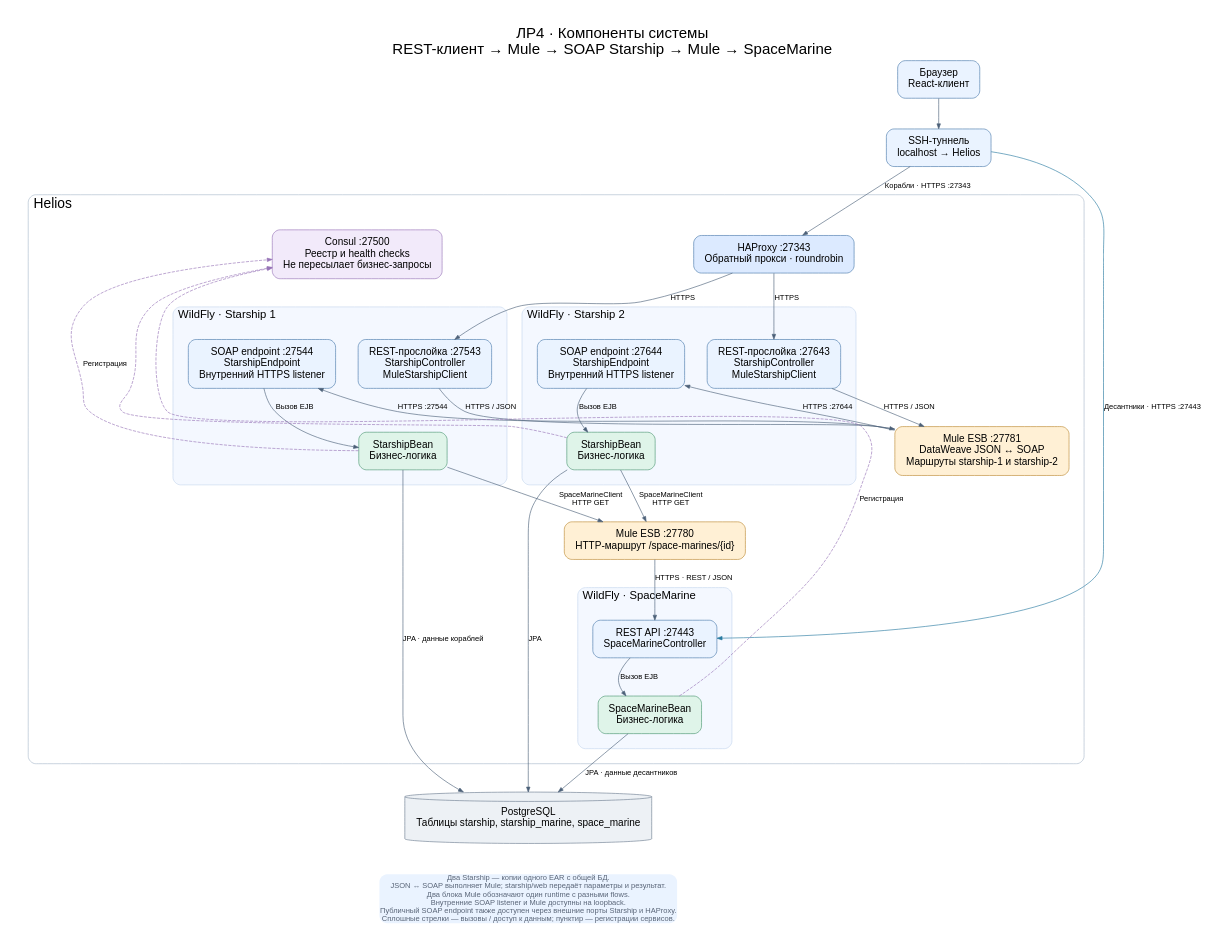
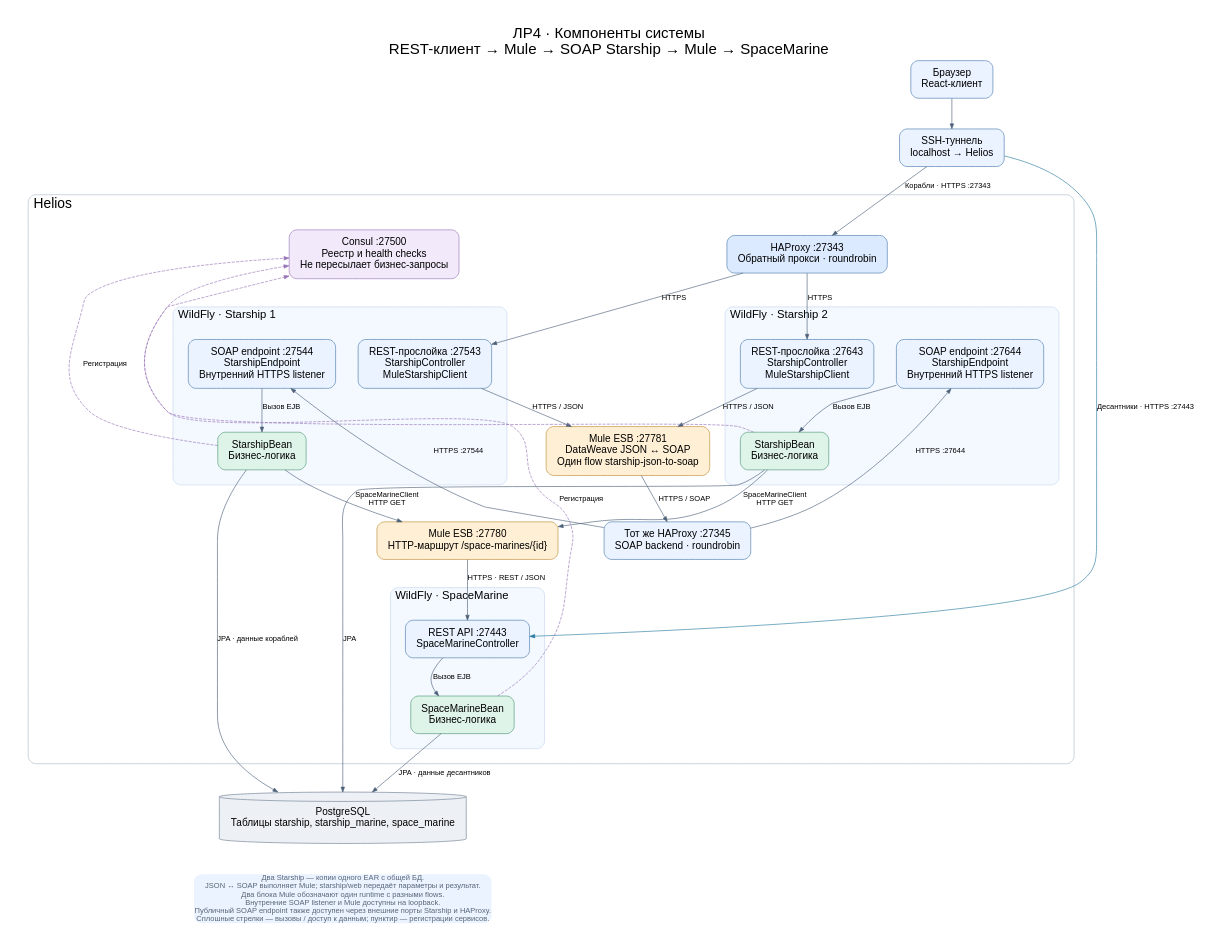
One commit to arekalov/soa-labs changed the diagram in docs/diagrams/lab4-components.dot. Above: the diagram before and after it, drawn with Graphviz. The commit also changed 11 other files, not shown here.

Commit message:
Use one Mule Starship flow with HAProxy SOAP balancing

```diff
--- a/docs/diagrams/lab4-components.dot
+++ b/docs/diagrams/lab4-components.dot
@@ -1,57 +1,59 @@
 digraph Components {
   graph [rankdir=TB, bgcolor="#ffffff", pad=0.4, nodesep=0.5, ranksep=0.65, fontname="Arial", fontsize=24, labelloc=t, label="ЛР4 · Компоненты системы\nREST-клиент → Mule → SOAP Starship → Mule → SpaceMarine"];
   node [shape=box, style="rounded,filled", fillcolor="#eaf3ff", color="#4978ab", fontname="Arial", fontsize=16, margin="0.22,0.16"];
   edge [fontname="Arial", fontsize=12, color="#4c6078", arrowsize=0.8];
   browser [label="Браузер\nReact-клиент"];
   tunnel [label="SSH-туннель\nlocalhost → Helios"];
   browser -> tunnel;
   subgraph cluster_helios {
     label="Helios"; labeljust=l; fontname="Arial"; fontsize=22; color="#a9b8ca"; style="rounded"; margin=24;
     ha [label="HAProxy :27343\nОбратный прокси · roundrobin", fillcolor="#dceaff"];
     subgraph cluster_s1 {
       label="WildFly · Starship 1"; labeljust=l; fontsize=18; style="rounded,filled"; fillcolor="#f4f8ff"; color="#c4d5ed";
       r1 [label="REST-прослойка :27543\nStarshipController\nMuleStarshipClient"];
       s1 [label="SOAP endpoint :27544\nStarshipEndpoint\nВнутренний HTTPS listener"];
       b1 [label="StarshipBean\nБизнес-логика", fillcolor="#dff4e9", color="#4b9671"];
 
       s1 -> b1 [label="Вызов EJB"];
     }
     subgraph cluster_s2 {
       label="WildFly · Starship 2"; labeljust=l; fontsize=18; style="rounded,filled"; fillcolor="#f4f8ff"; color="#c4d5ed";
       r2 [label="REST-прослойка :27643\nStarshipController\nMuleStarshipClient"];
       s2 [label="SOAP endpoint :27644\nStarshipEndpoint\nВнутренний HTTPS listener"];
       b2 [label="StarshipBean\nБизнес-логика", fillcolor="#dff4e9", color="#4b9671"];
 
       s2 -> b2 [label="Вызов EJB"];
     }
-    soapmule [label="Mule ESB :27781\nDataWeave JSON ↔ SOAP\nМаршруты starship-1 и starship-2", fillcolor="#fff0d5", color="#bc8b34"];
+    soapmule [label="Mule ESB :27781\nDataWeave JSON ↔ SOAP\nОдин flow starship-json-to-soap", fillcolor="#fff0d5", color="#bc8b34"];
     r1 -> soapmule [label="HTTPS / JSON"];
     r2 -> soapmule [label="HTTPS / JSON"];
-    soapmule -> s1 [label="HTTPS :27544"];
-    soapmule -> s2 [label="HTTPS :27644"];
+    soapha [label="Тот же HAProxy :27345\nSOAP backend · roundrobin"];
+    soapmule -> soapha [label="HTTPS / SOAP"];
+    soapha -> s1 [label="HTTPS :27544"];
+    soapha -> s2 [label="HTTPS :27644"];
     mule [label="Mule ESB :27780\nHTTP-маршрут /space-marines/{id}", fillcolor="#fff0d5", color="#bc8b34"];
     subgraph cluster_sm {
       label="WildFly · SpaceMarine"; labeljust=l; fontsize=18; style="rounded,filled"; fillcolor="#f4f8ff"; color="#c4d5ed";
       restsm [label="REST API :27443\nSpaceMarineController"];
       beansm [label="SpaceMarineBean\nБизнес-логика", fillcolor="#dff4e9", color="#4b9671"];
       restsm -> beansm [label="Вызов EJB"];
     }
     consul [label="Consul :27500\nРеестр и health checks\nНе пересылает бизнес-запросы", fillcolor="#f2eafa", color="#9774b7"];
     ha -> r1 [label="HTTPS"];
     ha -> r2 [label="HTTPS"];
     b1 -> mule [label="SpaceMarineClient\nHTTP GET"];
     b2 -> mule [label="SpaceMarineClient\nHTTP GET"];
     mule -> restsm [label="HTTPS · REST / JSON"];
     b1 -> consul [style=dashed, color="#9774b7", label="Регистрация", constraint=false];
     b2 -> consul [style=dashed, color="#9774b7", constraint=false];
     beansm -> consul [style=dashed, color="#9774b7", label="Регистрация", constraint=false];
   }
   tunnel -> ha [label="Корабли · HTTPS :27343"];
   tunnel -> restsm [label="Десантники · HTTPS :27443", color="#287aa0"];
   db [shape=cylinder, label="PostgreSQL\nТаблицы starship, starship_marine, space_marine", fillcolor="#edf1f5", color="#6d7d90"];
   b1 -> db [label="JPA · данные кораблей"];
   b2 -> db [label="JPA"];
   beansm -> db [label="JPA · данные десантников"];
   note [shape=plain, fontsize=12, fontcolor="#596578", label="Два Starship — копии одного EAR с общей БД.\nJSON ↔ SOAP выполняет Mule; starship/web передаёт параметры и результат.\nДва блока Mule обозначают один runtime с разными flows.\nВнутренние SOAP listener и Mule доступны на loopback.\nПубличный SOAP endpoint также доступен через внешние порты Starship и HAProxy.\nСплошные стрелки — вызовы / доступ к данным; пунктир — регистрации сервисов."];
   db -> note [style=invis];
 }
```
